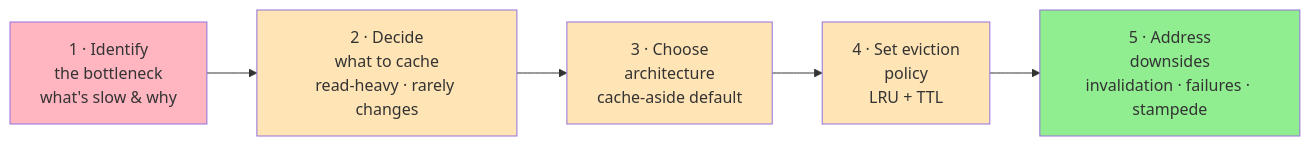
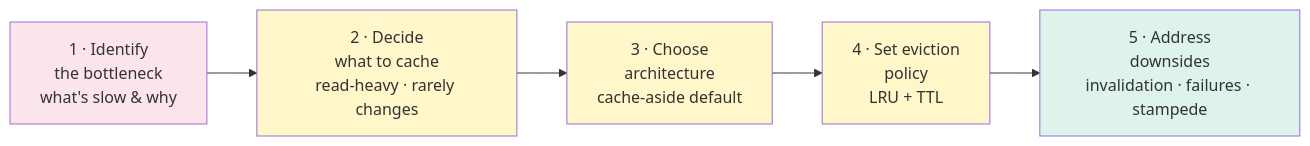
Before and after one commit to cartmancodes/InterviewVault: the second of 2 diagrams in LLD/SystemDesign/CoreConcepts/Caching.md, drawn with Mermaid. The commit also changed other lines of this file and 679 other files, not shown here.

Commit message:
Unify content diagrams and add accessible visual walkthroughs

````diff
--- a/LLD/SystemDesign/CoreConcepts/Caching.md
+++ b/LLD/SystemDesign/CoreConcepts/Caching.md
@@ -283,13 +287,13 @@
 ```mermaid
 graph LR
     S1["1 · Identify<br/>the bottleneck<br/>what's slow &amp; why"] --> S2["2 · Decide<br/>what to cache<br/>read-heavy · rarely changes"]
     S2 --> S3["3 · Choose<br/>architecture<br/>cache-aside default"]
     S3 --> S4["4 · Set eviction<br/>policy<br/>LRU + TTL"]
     S4 --> S5["5 · Address<br/>downsides<br/>invalidation · failures · stampede"]
 
-    style S1 fill:#FFB6C1
-    style S2 fill:#FFE4B5
-    style S3 fill:#FFE4B5
-    style S4 fill:#FFE4B5
-    style S5 fill:#90EE90
+    style S1 fill:#FCE5EA
+    style S2 fill:#FFF6C9
+    style S3 fill:#FFF6C9
+    style S4 fill:#FFF6C9
+    style S5 fill:#DDF3EC
 ```
````
